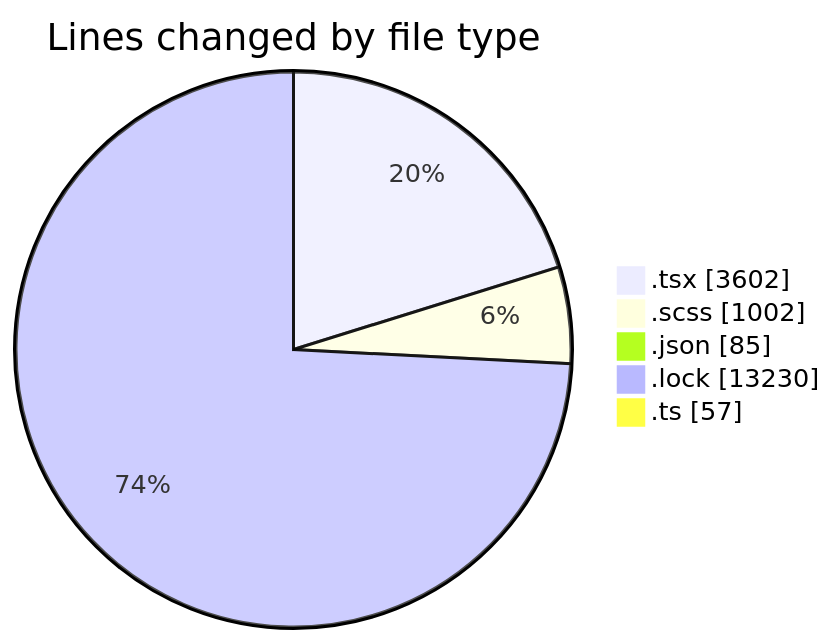
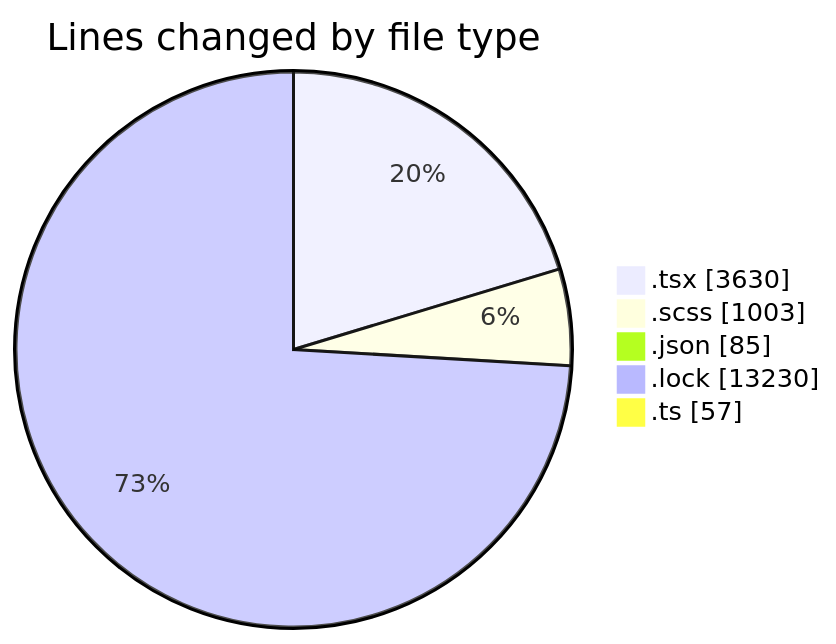
Before and after one commit to momahboobian/code-tracking: the first of 2 diagrams in 2025-10-03/cda/README.md, drawn with Mermaid. The commit also changed other lines of this file and 1 other file, not shown here.

````diff
--- a/2025-10-03/cda/README.md
+++ b/2025-10-03/cda/README.md
@@ -30,9 +30,9 @@
 ```mermaid
 pie showData
 title Lines changed by file type
-".tsx" : 3602
-".scss" : 1002
+".tsx" : 3630
+".scss" : 1003
 ".json" : 85
 ".lock" : 13230
 ".ts" : 57
 ```
````
